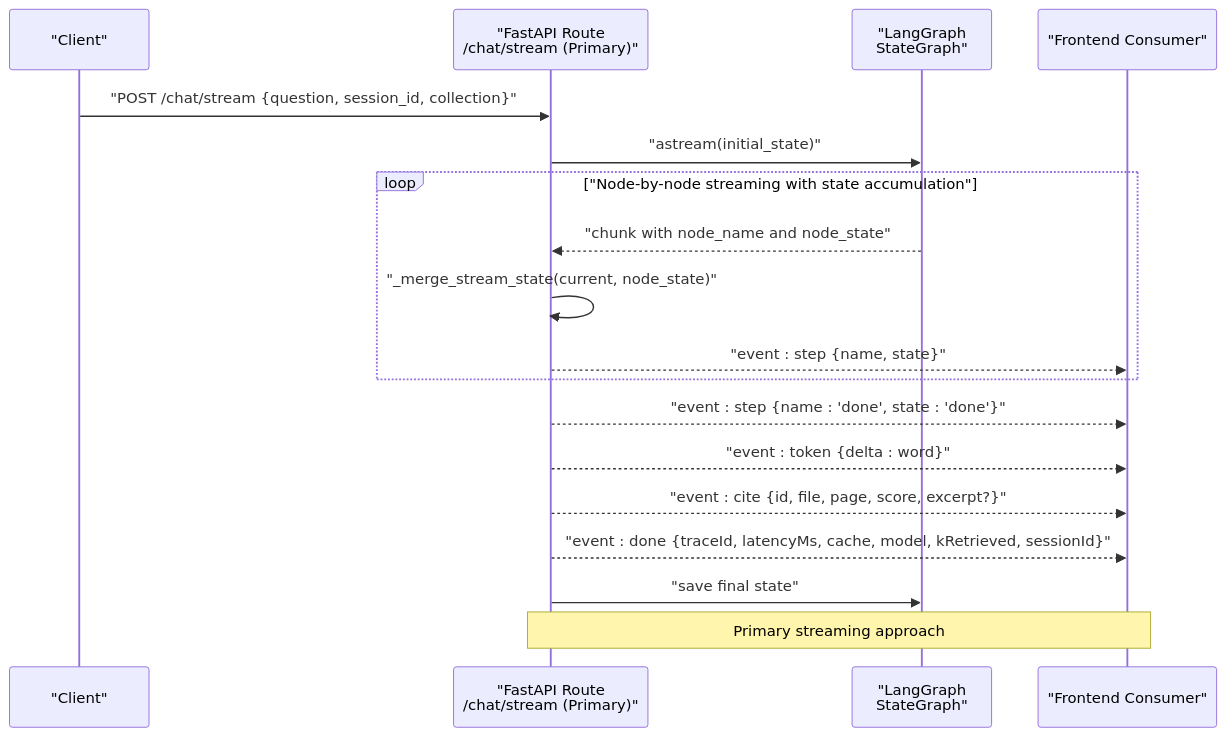
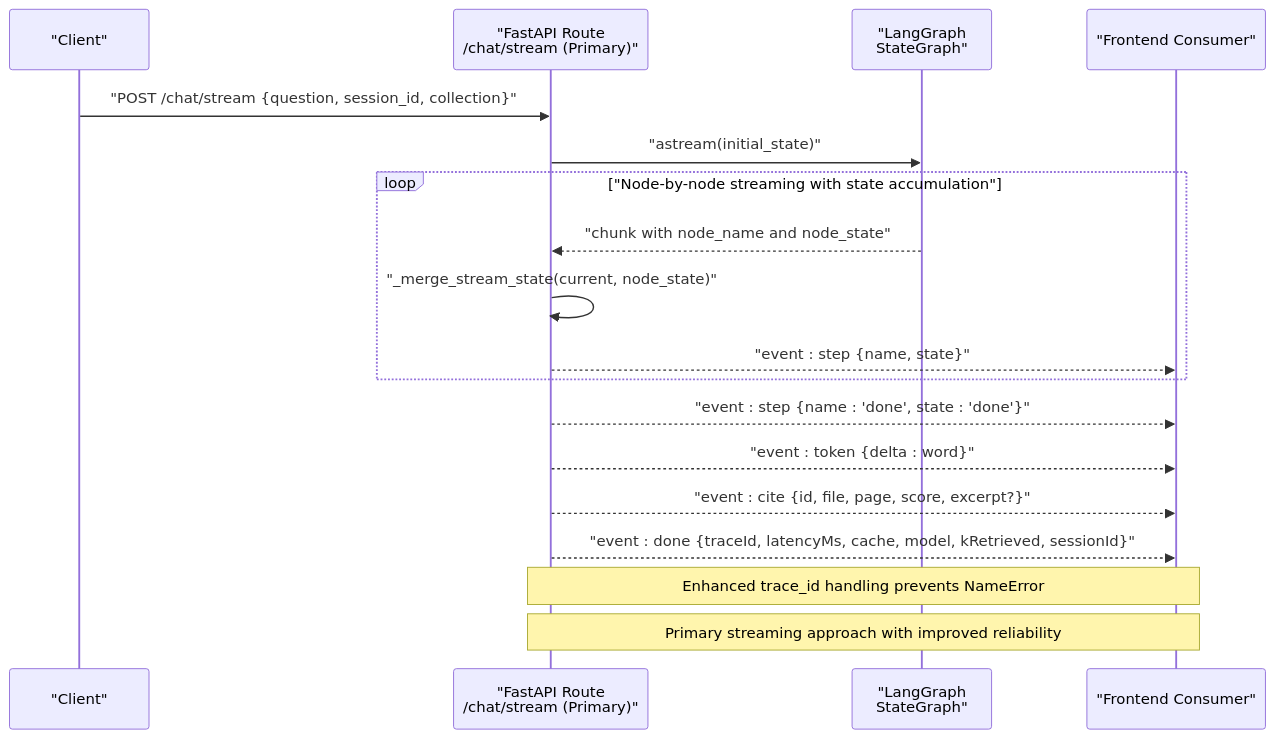
One commit to genes8/private-ai changed the second of 8 diagrams in .qoder/repowiki/en/content/API Reference/Chat API/Streaming Chat Endpoint.md. Above: the diagram before and after it, drawn with Mermaid. The commit also changed other lines of this file and 19 other files, not shown here.

````diff
--- a/.qoder/repowiki/en/content/API Reference/Chat API/Streaming Chat Endpoint.md
+++ b/.qoder/repowiki/en/content/API Reference/Chat API/Streaming Chat Endpoint.md
@@ -95,20 +95,20 @@
 ```mermaid
 sequenceDiagram
 participant C as "Client"
 participant R as "FastAPI Route<br/>/chat/stream (Primary)"
 participant G as "LangGraph<br/>StateGraph"
 participant F as "Frontend Consumer"
 C->>R : "POST /chat/stream {question, session_id, collection}"
 R->>G : "astream(initial_state)"
 loop "Node-by-node streaming with state accumulation"
 G-->>R : "chunk with node_name and node_state"
 R->>R : "_merge_stream_state(current, node_state)"
 R-->>F : "event : step {name, state}"
 end
 R-->>F : "event : step {name : 'done', state : 'done'}"
 R-->>F : "event : token {delta : word}"
 R-->>F : "event : cite {id, file, page, score, excerpt?}"
 R-->>F : "event : done {traceId, latencyMs, cache, model, kRetrieved, sessionId}"
-R->>G : "save final state"
-Note over R,F : Primary streaming approach
+Note over R,F : Enhanced trace_id handling prevents NameError
+Note over R,F : Primary streaming approach with improved reliability
 ```
````
